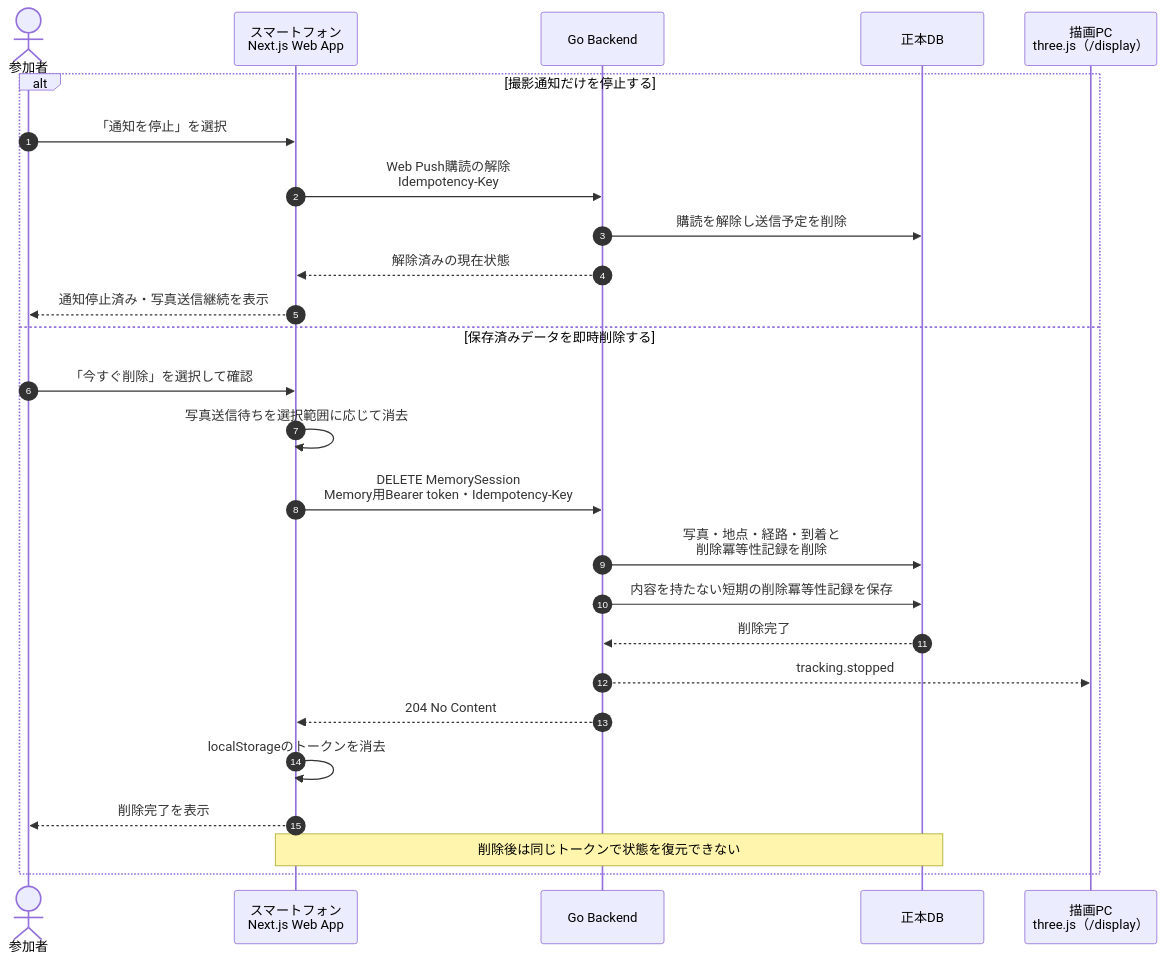
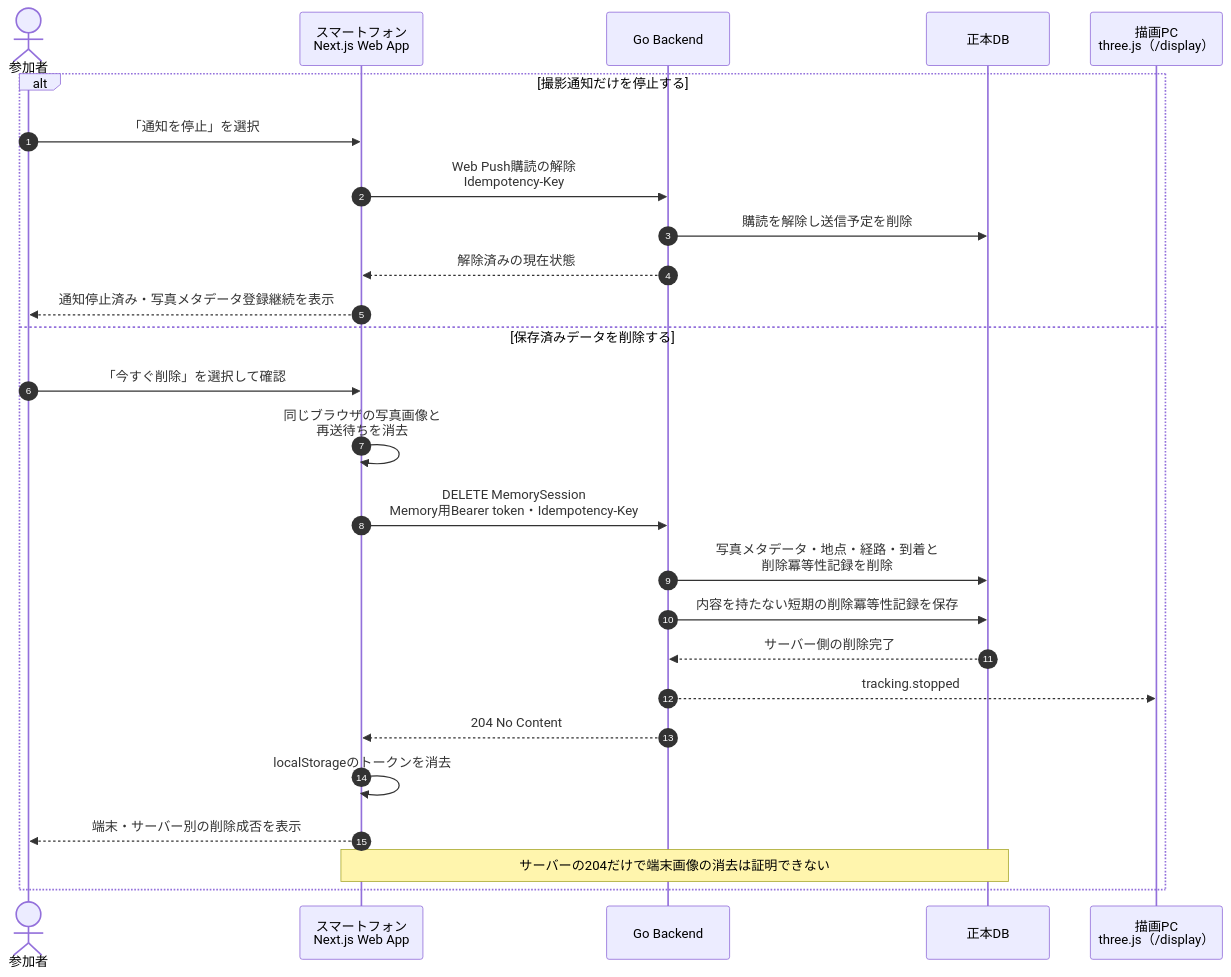
One commit to Mino829/trace-campus-installation changed the fifth of 6 diagrams in docs/uml-diagrams.md. Above: the diagram before and after it, drawn with Mermaid. The commit also changed other lines of this file and 17 other files, not shown here.

````diff
--- a/docs/uml-diagrams.md
+++ b/docs/uml-diagrams.md
@@ -313,29 +314,29 @@
 ```mermaid
 sequenceDiagram
     autonumber
     actor User as 参加者
     participant Browser as スマートフォン<br/>Next.js Web App
     participant API as Go Backend
     participant DB as 正本DB
     participant Renderer as 描画PC<br/>three.js（/display）
 
     alt 撮影通知だけを停止する
         User->>Browser: 「通知を停止」を選択
         Browser->>API: Web Push購読の解除<br/>Idempotency-Key
         API->>DB: 購読を解除し送信予定を削除
         API-->>Browser: 解除済みの現在状態
-        Browser-->>User: 通知停止済み・写真送信継続を表示
-    else 保存済みデータを即時削除する
+        Browser-->>User: 通知停止済み・写真メタデータ登録継続を表示
+    else 保存済みデータを削除する
         User->>Browser: 「今すぐ削除」を選択して確認
-        Browser->>Browser: 写真送信待ちを選択範囲に応じて消去
+        Browser->>Browser: 同じブラウザの写真画像と<br/>再送待ちを消去
         Browser->>API: DELETE MemorySession<br/>Memory用Bearer token・Idempotency-Key
-        API->>DB: 写真・地点・経路・到着と<br/>削除冪等性記録を削除
+        API->>DB: 写真メタデータ・地点・経路・到着と<br/>削除冪等性記録を削除
         API->>DB: 内容を持たない短期の削除冪等性記録を保存
-        DB-->>API: 削除完了
+        DB-->>API: サーバー側の削除完了
         API-->>Renderer: tracking.stopped
         API-->>Browser: 204 No Content
         Browser->>Browser: localStorageのトークンを消去
-        Browser-->>User: 削除完了を表示
-        Note over Browser,DB: 削除後は同じトークンで状態を復元できない
+        Browser-->>User: 端末・サーバー別の削除成否を表示
+        Note over Browser,DB: サーバーの204だけで端末画像の消去は証明できない
     end
 ```
````
